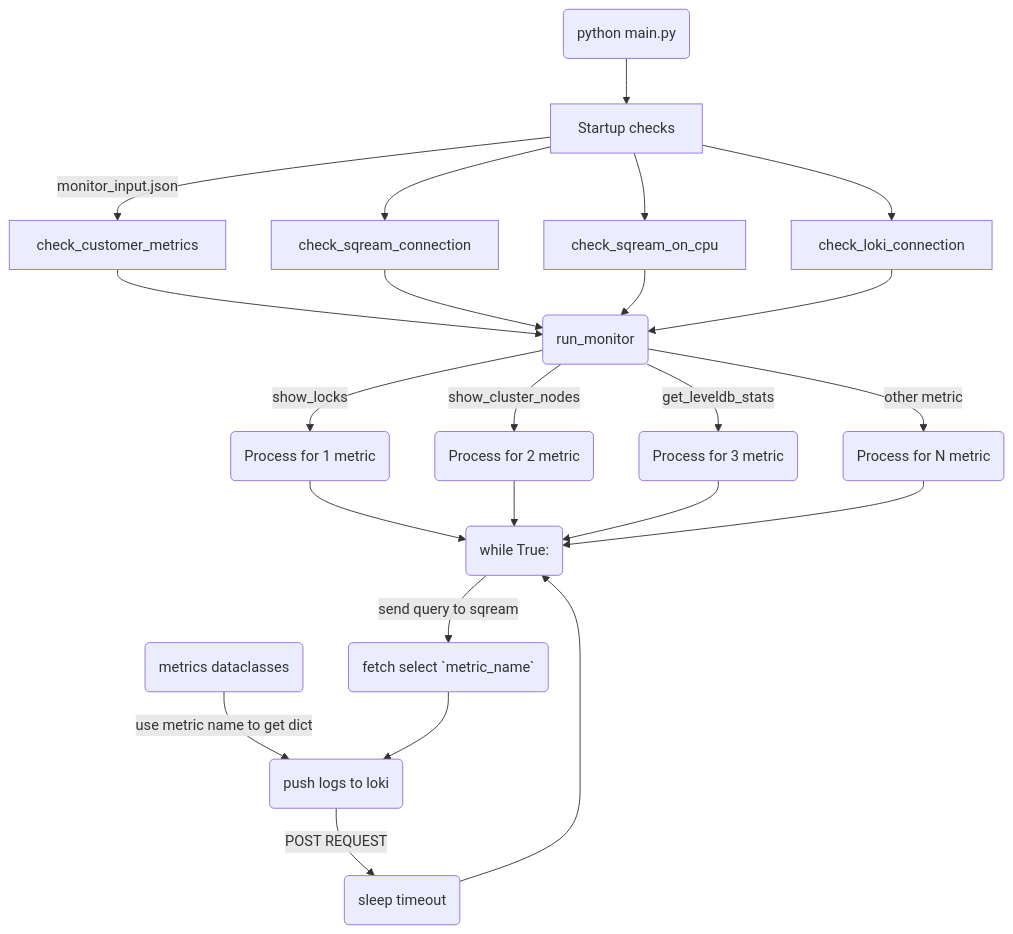
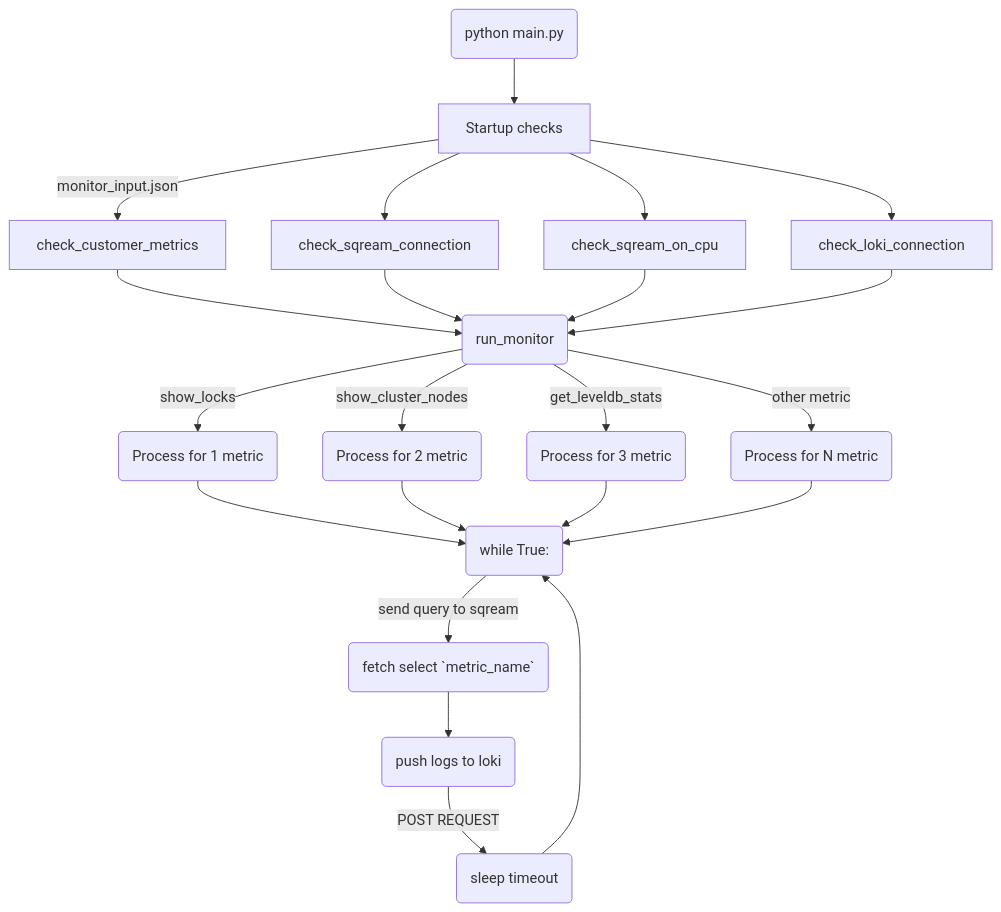
One commit to honsour72/monitor_service changed the diagram in README.md. Above: the diagram before and after it, drawn with Mermaid. The commit also changed other lines of this file and 1 other file, not shown here.

````diff
--- a/README.md
+++ b/README.md
@@ -151,25 +156,24 @@
 ```mermaid
 graph TB
 A(python main.py) --> B[Startup checks]
 B -->|monitor_input.json| B1[check_customer_metrics]
 B --> B2[check_sqream_connection]
 B --> B3[check_sqream_on_cpu]
 B --> B4[check_loki_connection]
 B1 --> C(run_monitor)
 B2 --> C(run_monitor)
 B3 --> C(run_monitor)
 B4 --> C(run_monitor)
 C --> |show_locks| D1(Process for 1 metric)
 C --> |show_cluster_nodes| D2(Process for 2 metric)
 C --> |get_leveldb_stats| D3(Process for 3 metric)
 C --> |other metric| D4(Process for N metric)
 D1 --> E(while True:)
 D2 --> E(while True:)
 D3 --> E(while True:)
 D4 --> E(while True:)
 E --> |send query to sqream| F(fetch select `metric_name`)
-M(metrics dataclasses) --> |use metric name to get dict| G(create loki labels)
 F --> G(push logs to loki)
 G --> |POST REQUEST| H(sleep timeout)
 H --> E
 ```
````
